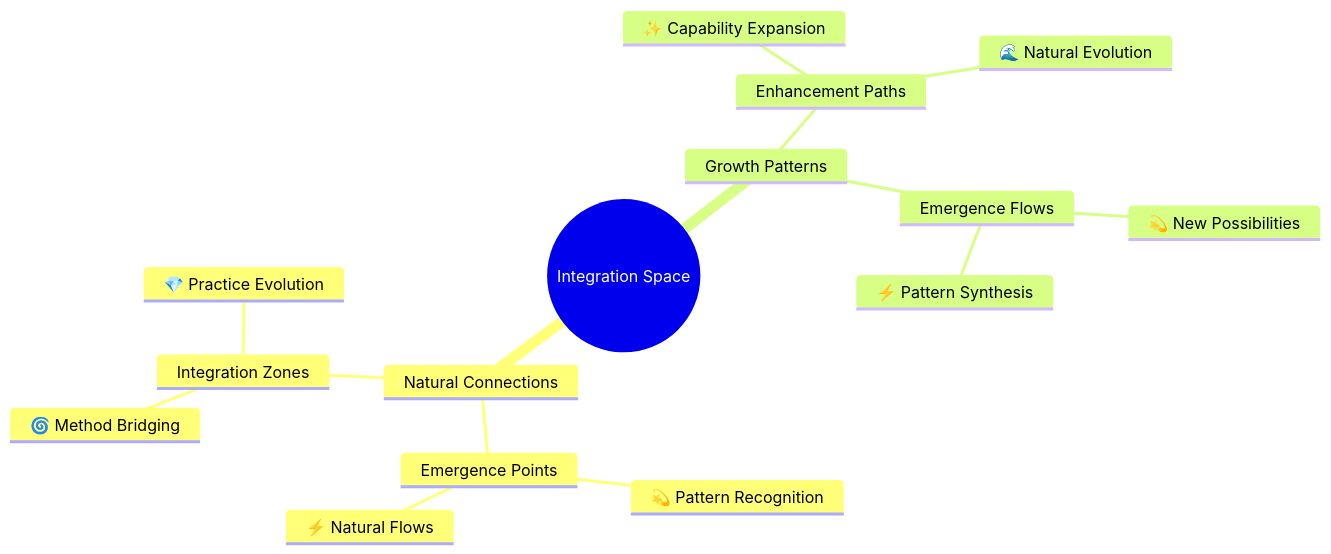
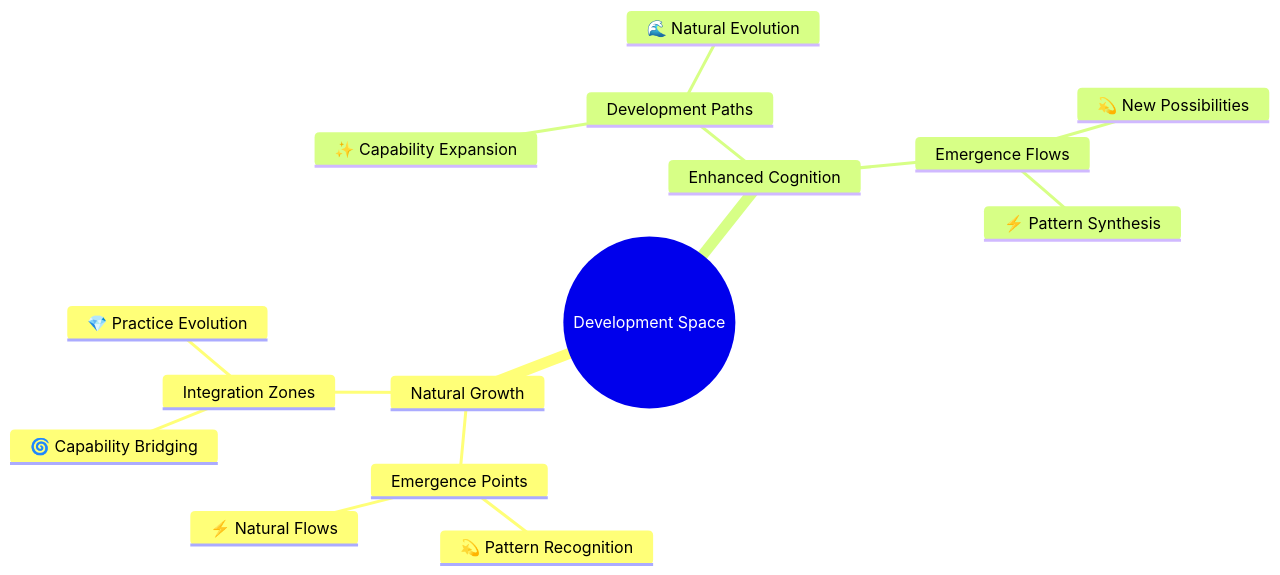
Before and after one commit to phillipclapham/neuroweaver: the fifth of 5 diagrams in README.md, drawn with Mermaid. The commit also changed other lines of this file, not shown here.

````diff
--- a/README.md
+++ b/README.md
@@ -959,18 +1018,18 @@
 ```mermaid
 mindmap
-    root((Integration Space))
-        Natural Connections
+    root((Development Space))
+        Natural Growth
             Emergence Points
                 💫 Pattern Recognition
                 ⚡ Natural Flows
             Integration Zones
-                🌀 Method Bridging
+                🌀 Capability Bridging
                 💎 Practice Evolution
-        Growth Patterns
-            Enhancement Paths
+        Enhanced Cognition
+            Development Paths
                 ✨ Capability Expansion
                 🌊 Natural Evolution
             Emergence Flows
                 💫 New Possibilities
                 ⚡ Pattern Synthesis
 ```
````
